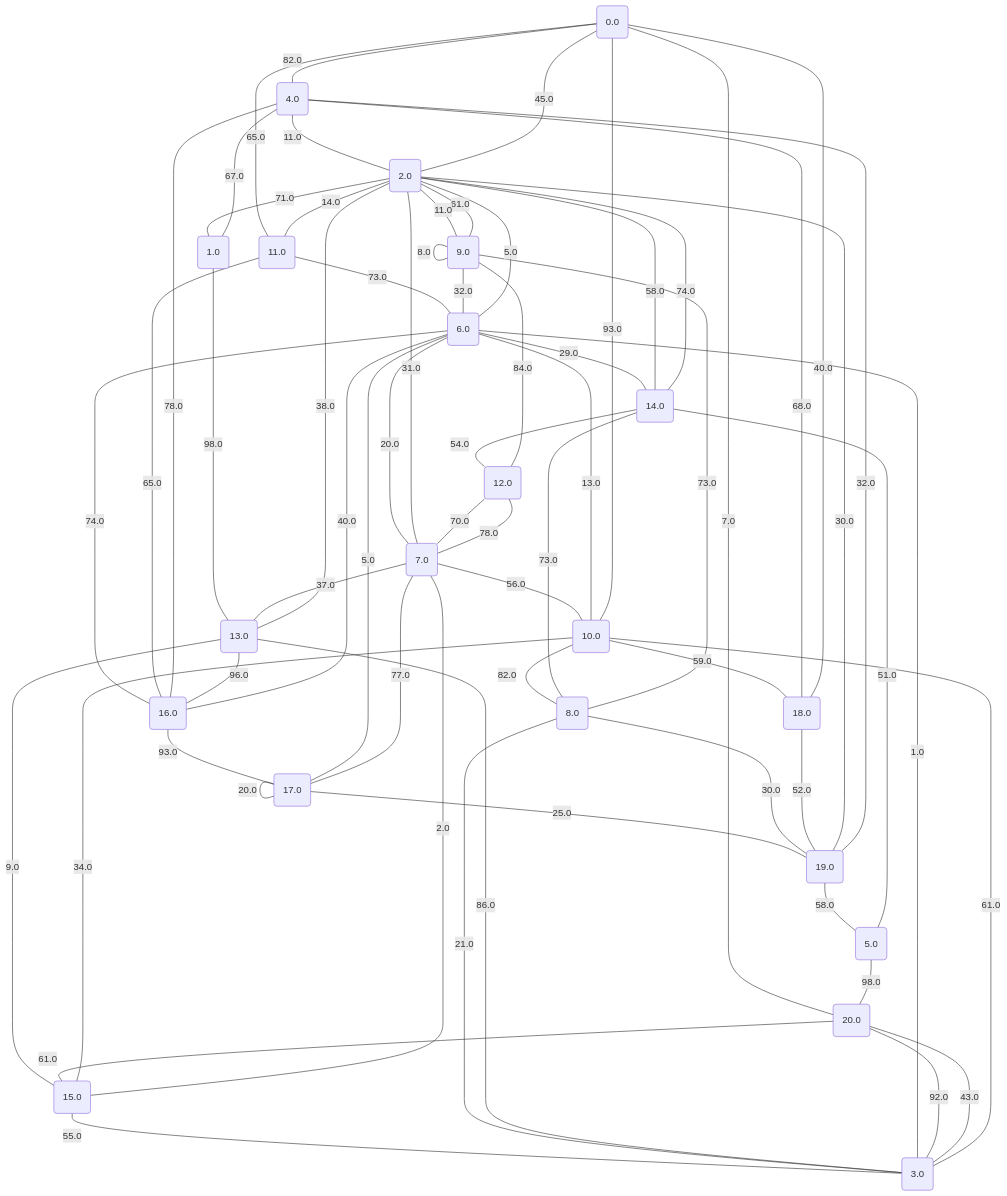
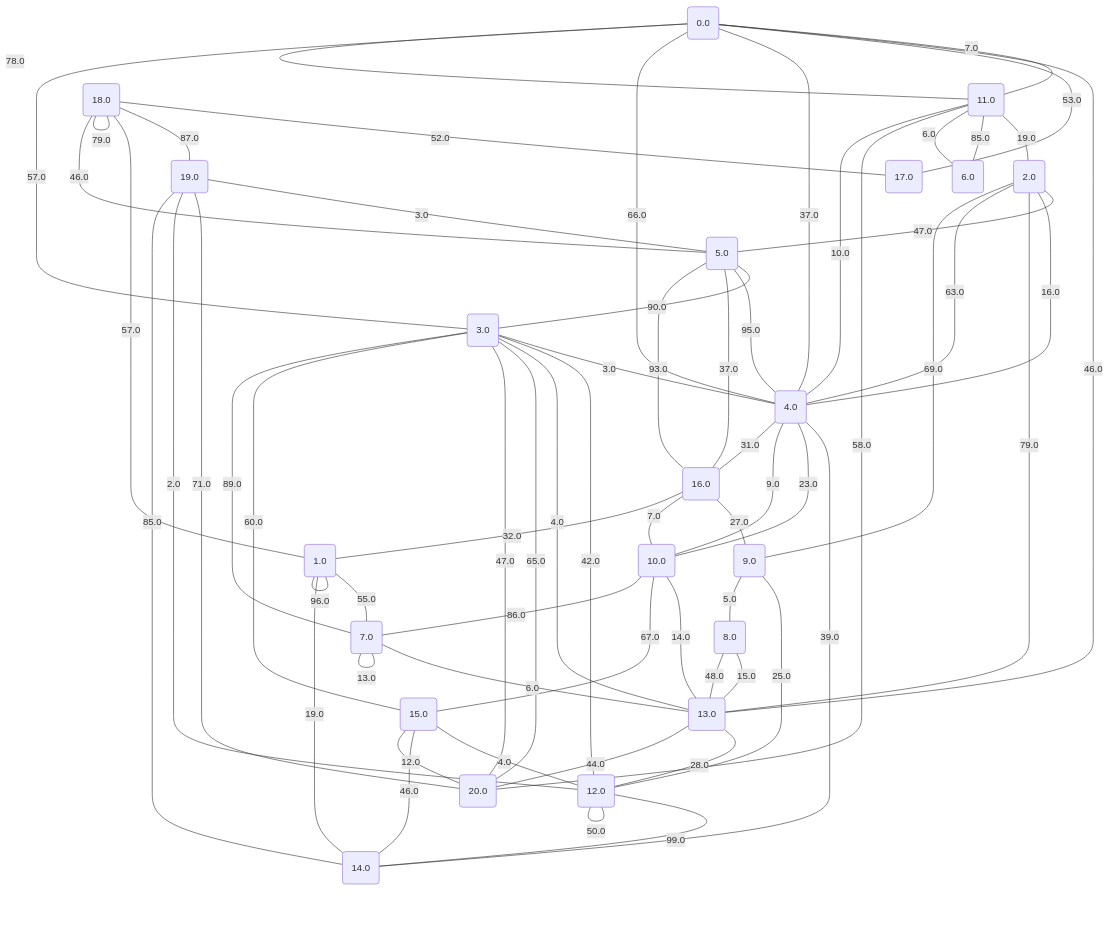
One commit to metury/graphs changed the diagram in project/src/testing/graphs/16.md. Above: the diagram before and after it, drawn with Mermaid. The commit also changed 33 other files, not shown here.

````diff
--- a/project/src/testing/graphs/16.md
+++ b/project/src/testing/graphs/16.md
@@ -21,67 +21,67 @@
 	18("18.0");
 	19("19.0");
 	20("20.0");
-	6 -- "29.0" --- 14;
-	10 -- "59.0" --- 18;
-	10 -- "13.0" --- 6;
-	11 -- "73.0" --- 6;
-	9 -- "32.0" --- 6;
-	0 -- "82.0" --- 4;
-	17 -- "25.0" --- 19;
-	9 -- "61.0" --- 2;
-	18 -- "68.0" --- 4;
-	0 -- "7.0" --- 20;
-	19 -- "30.0" --- 2;
-	15 -- "55.0" --- 3;
-	8 -- "73.0" --- 14;
-	14 -- "54.0" --- 12;
-	19 -- "58.0" --- 5;
-	14 -- "74.0" --- 2;
-	8 -- "21.0" --- 3;
-	8 -- "30.0" --- 19;
-	2 -- "45.0" --- 0;
-	7 -- "56.0" --- 10;
-	2 -- "11.0" --- 9;
-	6 -- "74.0" --- 16;
-	18 -- "52.0" --- 19;
-	1 -- "98.0" --- 13;
-	16 -- "93.0" --- 17;
-	12 -- "84.0" --- 9;
-	13 -- "9.0" --- 15;
-	2 -- "58.0" --- 14;
-	6 -- "5.0" --- 17;
-	10 -- "82.0" --- 8;
-	6 -- "20.0" --- 7;
-	19 -- "32.0" --- 4;
-	4 -- "11.0" --- 2;
-	11 -- "65.0" --- 16;
-	9 -- "8.0" --- 9;
-	4 -- "78.0" --- 16;
-	10 -- "93.0" --- 0;
-	13 -- "86.0" --- 3;
-	1 -- "67.0" --- 4;
-	13 -- "38.0" --- 2;
-	2 -- "71.0" --- 1;
-	16 -- "40.0" --- 6;
-	0 -- "65.0" --- 11;
-	15 -- "34.0" --- 10;
-	15 -- "2.0" --- 7;
-	3 -- "92.0" --- 20;
-	5 -- "51.0" --- 14;
-	8 -- "73.0" --- 9;
-	20 -- "61.0" --- 15;
-	2 -- "31.0" --- 7;
-	12 -- "70.0" --- 7;
-	6 -- "1.0" --- 3;
-	18 -- "40.0" --- 0;
-	2 -- "14.0" --- 11;
-	7 -- "78.0" --- 12;
-	5 -- "98.0" --- 20;
-	17 -- "77.0" --- 7;
-	7 -- "37.0" --- 13;
-	13 -- "96.0" --- 16;
-	3 -- "43.0" --- 20;
-	2 -- "5.0" --- 6;
-	3 -- "61.0" --- 10;
-	17 -- "20.0" --- 17;
+	19 -- "3.0" --- 5;
+	2 -- "47.0" --- 5;
+	20 -- "65.0" --- 3;
+	13 -- "28.0" --- 12;
+	7 -- "6.0" --- 13;
+	3 -- "3.0" --- 4;
+	1 -- "55.0" --- 7;
+	13 -- "4.0" --- 3;
+	18 -- "52.0" --- 17;
+	10 -- "14.0" --- 13;
+	9 -- "25.0" --- 12;
+	11 -- "19.0" --- 2;
+	11 -- "78.0" --- 0;
+	0 -- "7.0" --- 11;
+	2 -- "16.0" --- 4;
+	18 -- "87.0" --- 19;
+	9 -- "69.0" --- 2;
+	18 -- "57.0" --- 1;
+	4 -- "37.0" --- 0;
+	12 -- "99.0" --- 14;
+	11 -- "85.0" --- 6;
+	16 -- "37.0" --- 5;
+	10 -- "67.0" --- 15;
+	15 -- "4.0" --- 12;
+	4 -- "39.0" --- 14;
+	4 -- "66.0" --- 0;
+	20 -- "47.0" --- 3;
+	4 -- "23.0" --- 10;
+	7 -- "13.0" --- 7;
+	13 -- "44.0" --- 20;
+	15 -- "46.0" --- 14;
+	19 -- "71.0" --- 20;
+	9 -- "5.0" --- 8;
+	15 -- "60.0" --- 3;
+	16 -- "27.0" --- 9;
+	4 -- "9.0" --- 10;
+	16 -- "7.0" --- 10;
+	11 -- "6.0" --- 6;
+	4 -- "95.0" --- 5;
+	3 -- "42.0" --- 12;
+	2 -- "79.0" --- 13;
+	5 -- "90.0" --- 3;
+	16 -- "93.0" --- 5;
+	0 -- "46.0" --- 13;
+	1 -- "19.0" --- 14;
+	15 -- "12.0" --- 20;
+	18 -- "79.0" --- 18;
+	4 -- "63.0" --- 2;
+	7 -- "89.0" --- 3;
+	19 -- "2.0" --- 12;
+	10 -- "86.0" --- 7;
+	19 -- "85.0" --- 14;
+	12 -- "50.0" --- 12;
+	8 -- "15.0" --- 13;
+	20 -- "58.0" --- 11;
+	8 -- "48.0" --- 13;
+	4 -- "31.0" --- 16;
+	18 -- "46.0" --- 5;
+	1 -- "96.0" --- 1;
+	16 -- "32.0" --- 1;
+	0 -- "53.0" --- 17;
+	4 -- "10.0" --- 11;
+	3 -- "57.0" --- 0;
 ```
````
